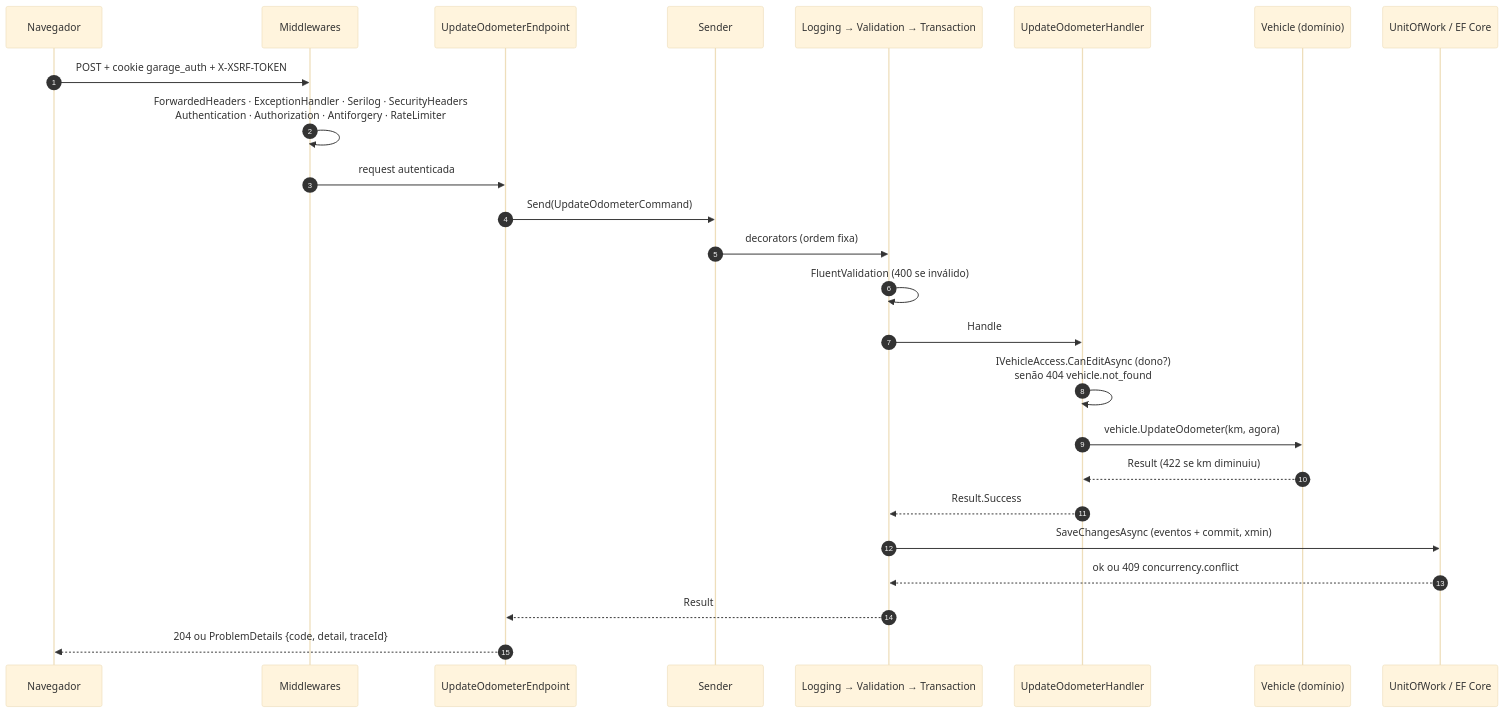
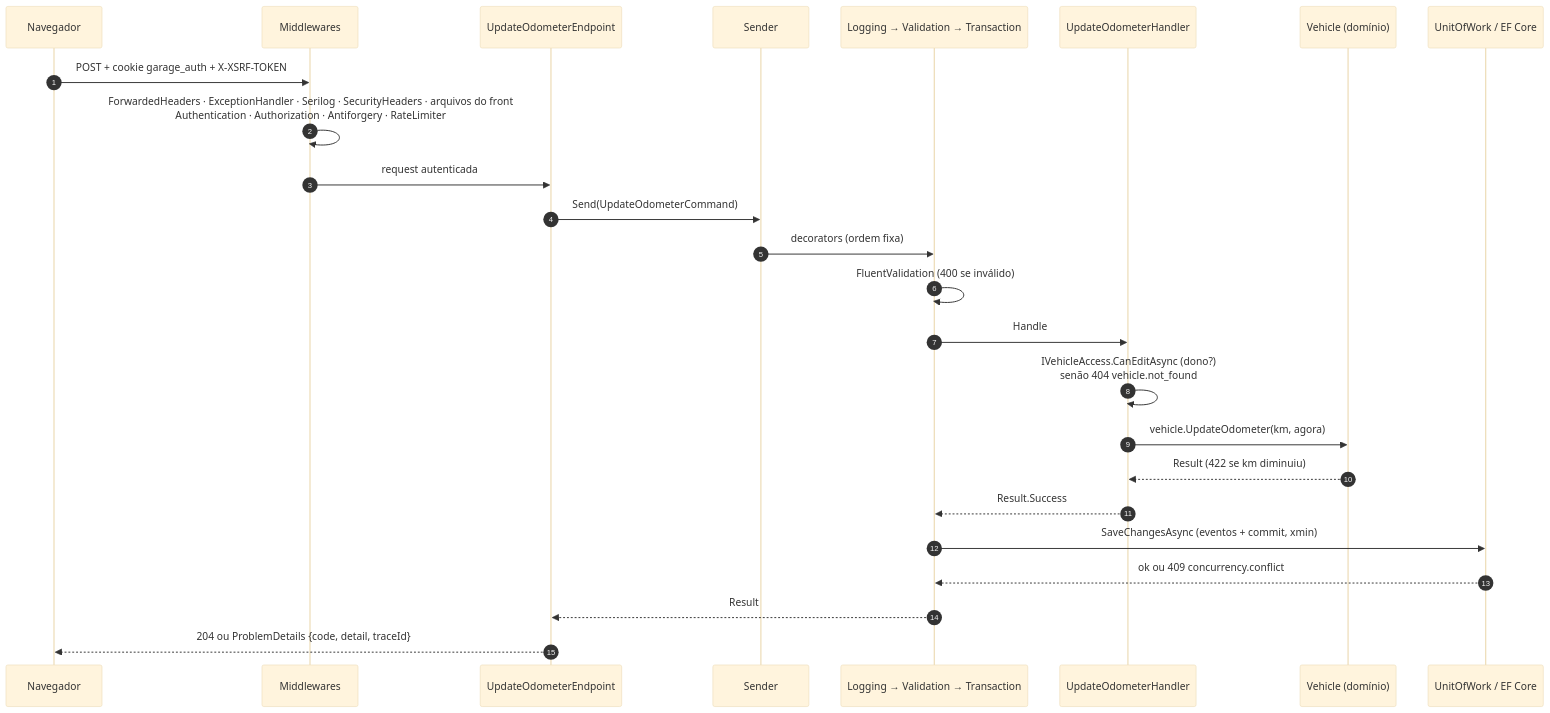
The third of 5 diagrams in docs/ARQUITETURA.md (gabrielLAraujo/app-maintenance-history), drawn with Mermaid (base theme) before and after one commit. The commit also changed other lines of this file and 2 other files, not shown here.

````diff
--- a/docs/ARQUITETURA.md
+++ b/docs/ARQUITETURA.md
@@ -58,27 +59,27 @@
 ```mermaid
 sequenceDiagram
     autonumber
     participant B as Navegador
     participant M as Middlewares
     participant E as UpdateOdometerEndpoint
     participant S as Sender
     participant L as Logging → Validation → Transaction
     participant H as UpdateOdometerHandler
     participant D as Vehicle (domínio)
     participant U as UnitOfWork / EF Core
     B->>M: POST + cookie garage_auth + X-XSRF-TOKEN
-    M->>M: ForwardedHeaders · ExceptionHandler · Serilog · SecurityHeaders<br/>Authentication · Authorization · Antiforgery · RateLimiter
+    M->>M: ForwardedHeaders · ExceptionHandler · Serilog · SecurityHeaders · arquivos do front<br/>Authentication · Authorization · Antiforgery · RateLimiter
     M->>E: request autenticada
     E->>S: Send(UpdateOdometerCommand)
     S->>L: decorators (ordem fixa)
     L->>L: FluentValidation (400 se inválido)
     L->>H: Handle
     H->>H: IVehicleAccess.CanEditAsync (dono?)<br/>senão 404 vehicle.not_found
     H->>D: vehicle.UpdateOdometer(km, agora)
     D-->>H: Result (422 se km diminuiu)
     H-->>L: Result.Success
     L->>U: SaveChangesAsync (eventos + commit, xmin)
     U-->>L: ok ou 409 concurrency.conflict
     L-->>E: Result
     E-->>B: 204 ou ProblemDetails {code, detail, traceId}
 ```
````
